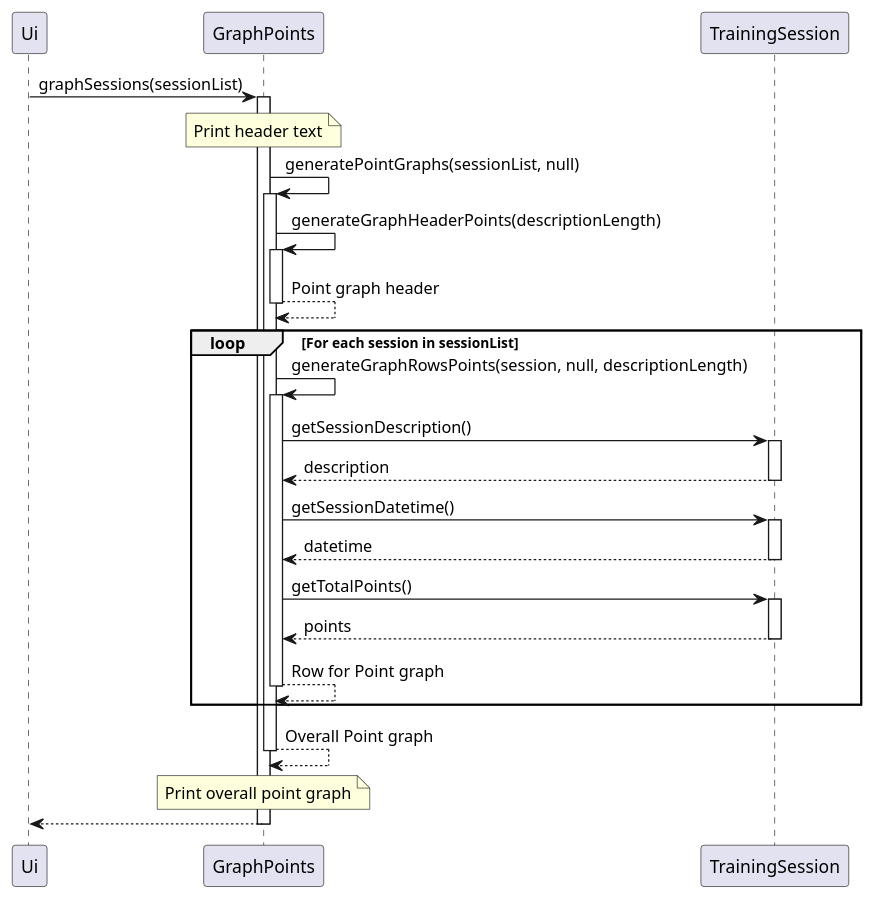
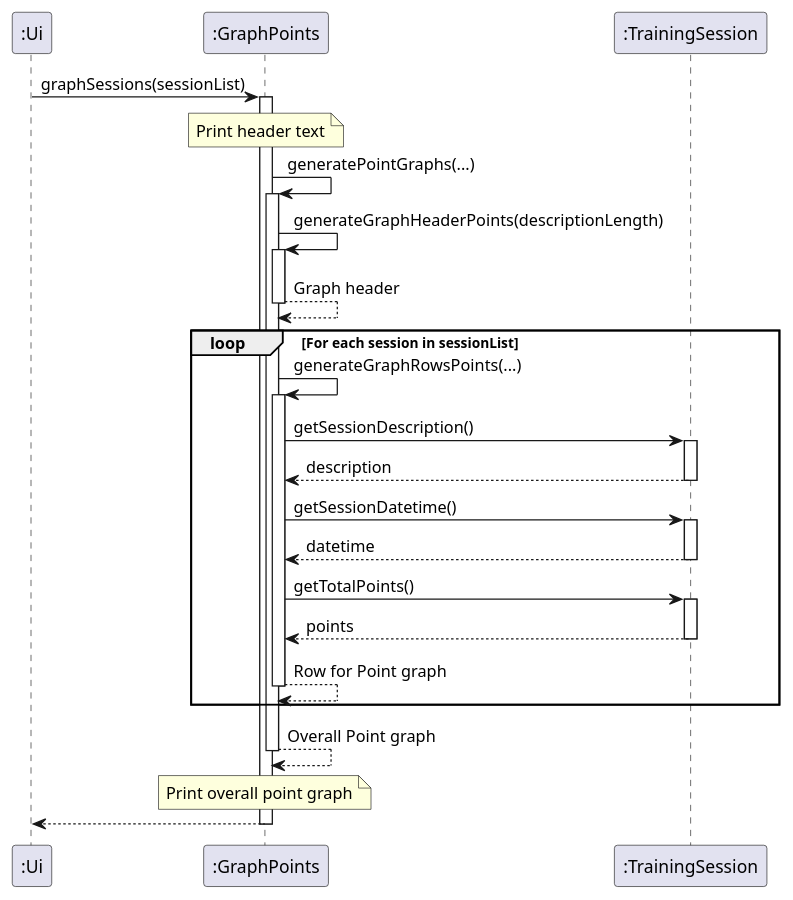
One commit to nus-cs2113-AY2425S1/tp changed the diagram in docs/Diagrams/Sequence_graphSessions.puml. Above: the diagram before and after it, drawn with PlantUML. The commit also changed 15 other files, not shown here.

```diff
--- a/docs/Diagrams/Sequence_graphSessions.puml
+++ b/docs/Diagrams/Sequence_graphSessions.puml
@@ -1,50 +1,50 @@
 @startuml
-participant Ui as User
-participant GraphPoints
-participant TrainingSession
+participant ":Ui" as User
+participant ":GraphPoints"
+participant ":TrainingSession"
 
-User -> GraphPoints : graphSessions(sessionList)
-activate GraphPoints
+User -> ":GraphPoints" : graphSessions(sessionList)
+activate ":GraphPoints"
 
-note over GraphPoints
+note over ":GraphPoints"
     Print header text
 end note
 
-GraphPoints -> GraphPoints : generatePointGraphs(sessionList, null)
-activate GraphPoints
-GraphPoints -> GraphPoints : generateGraphHeaderPoints(descriptionLength)
-activate GraphPoints
-GraphPoints --> GraphPoints : Point graph header
-deactivate GraphPoints
+":GraphPoints" -> ":GraphPoints" : generatePointGraphs(...)
+activate ":GraphPoints"
+":GraphPoints" -> ":GraphPoints" : generateGraphHeaderPoints(descriptionLength)
+activate ":GraphPoints"
+":GraphPoints" --> ":GraphPoints" : Graph header
+deactivate ":GraphPoints"
 
 loop For each session in sessionList
-    GraphPoints -> GraphPoints : generateGraphRowsPoints(session, null, descriptionLength)
-    activate GraphPoints
+    ":GraphPoints" -> ":GraphPoints" : generateGraphRowsPoints(...)
+    activate ":GraphPoints"
 
-    GraphPoints -> TrainingSession : getSessionDescription()
-    activate TrainingSession
-    TrainingSession --> GraphPoints : description
-    deactivate TrainingSession
+    ":GraphPoints" -> ":TrainingSession" : getSessionDescription()
+    activate ":TrainingSession"
+    ":TrainingSession" --> ":GraphPoints" : description
+    deactivate ":TrainingSession"
 
-    GraphPoints -> TrainingSession : getSessionDatetime()
-    activate TrainingSession
-    TrainingSession --> GraphPoints : datetime
-    deactivate TrainingSession
+    ":GraphPoints" -> ":TrainingSession" : getSessionDatetime()
+    activate ":TrainingSession"
+    ":TrainingSession" --> ":GraphPoints" : datetime
+    deactivate ":TrainingSession"
 
-    GraphPoints -> TrainingSession : getTotalPoints()
-    activate TrainingSession
-    TrainingSession --> GraphPoints : points
-    deactivate TrainingSession
-    GraphPoints --> GraphPoints : Row for Point graph
-    deactivate GraphPoints
+    ":GraphPoints" -> ":TrainingSession" : getTotalPoints()
+    activate ":TrainingSession"
+    ":TrainingSession" --> ":GraphPoints" : points
+    deactivate ":TrainingSession"
+    ":GraphPoints" --> ":GraphPoints" : Row for Point graph
+    deactivate ":GraphPoints"
 end loop
 
-GraphPoints --> GraphPoints : Overall Point graph
-note over GraphPoints
+":GraphPoints" --> ":GraphPoints" : Overall Point graph
+note over ":GraphPoints"
     Print overall point graph
 end note
-deactivate GraphPoints
+deactivate ":GraphPoints"
 
-User <-- GraphPoints :
-deactivate GraphPoints
+User <-- ":GraphPoints" :
+deactivate ":GraphPoints"
 @enduml
```
